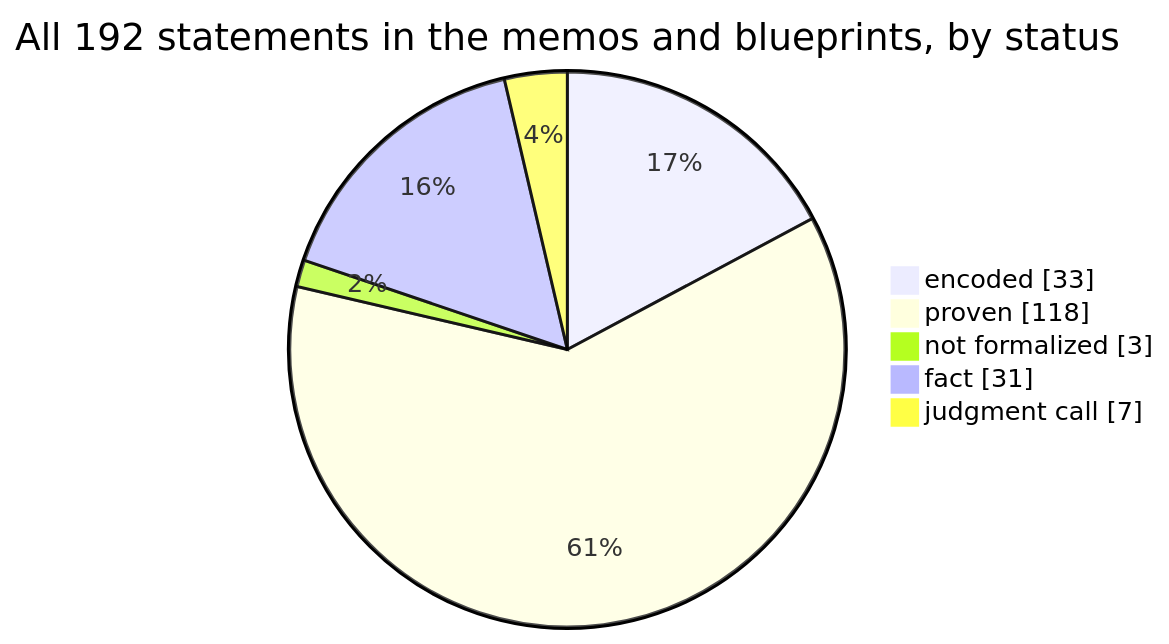
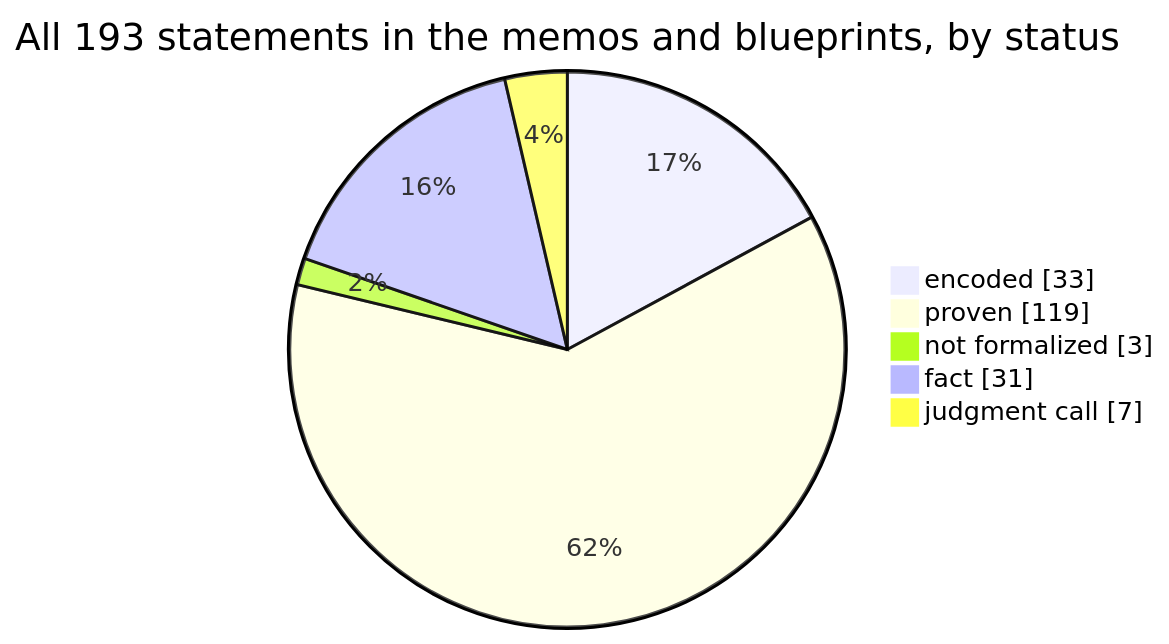
One commit to SeanWMurray/Canteen changed the first of 4 diagrams in docs/graphs/dashboard.md. Above: the diagram before and after it, drawn with Mermaid. The commit also changed other lines of this file and 14 other files, not shown here.

````diff
--- a/docs/graphs/dashboard.md
+++ b/docs/graphs/dashboard.md
@@ -11,8 +11,8 @@
 ```mermaid
-pie showData title All 192 statements in the memos and blueprints, by status
+pie showData title All 193 statements in the memos and blueprints, by status
     "encoded" : 33
-    "proven" : 118
+    "proven" : 119
     "not formalized" : 3
     "fact" : 31
     "judgment call" : 7
 ```
````
